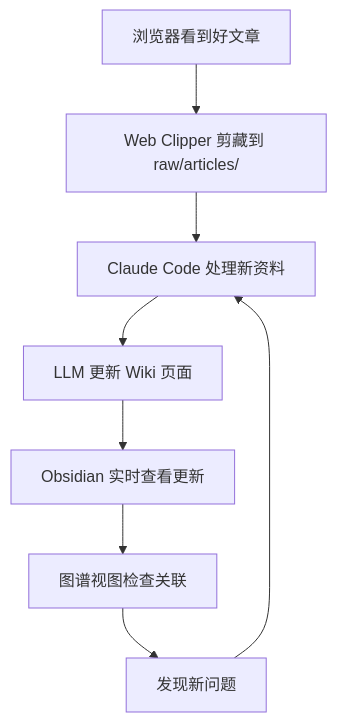
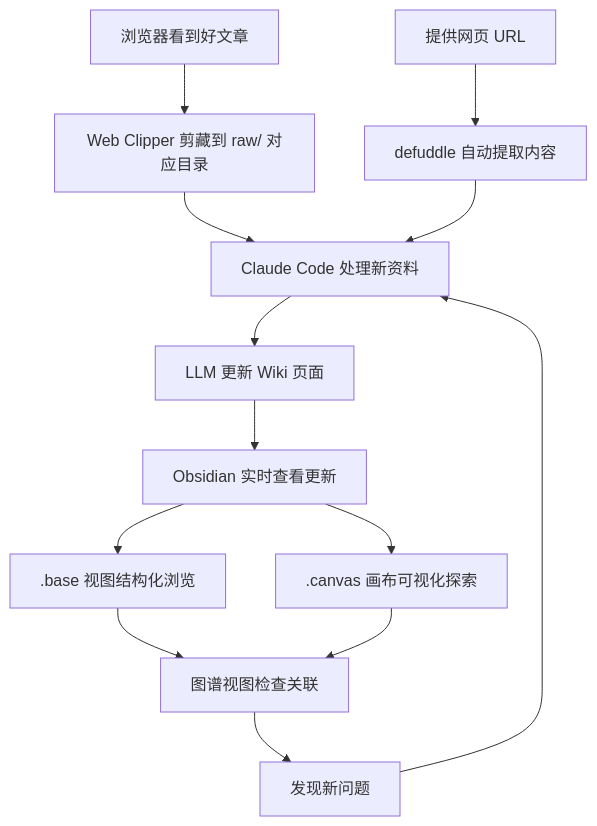
The fifth of 6 diagrams in LLM Wiki 使用手册.md (luguosong/knowledge-base-lgs), drawn with Mermaid before and after one commit. The commit also changed other lines of this file and 304 other files, not shown here.

````diff
--- a/LLM Wiki 使用手册.md
+++ b/LLM Wiki 使用手册.md
@@ -469,10 +585,15 @@
 ```mermaid
 graph TD
-    A[浏览器看到好文章] --> B[Web Clipper 剪藏到 raw/articles/]
-    B --> C[Claude Code 处理新资料]
+    A1[浏览器看到好文章] --> B1[Web Clipper 剪藏到 raw/ 对应目录]
+    A2[提供网页 URL] --> B2[defuddle 自动提取内容]
+    B1 --> C[Claude Code 处理新资料]
+    B2 --> C
     C --> D[LLM 更新 Wiki 页面]
     D --> E[Obsidian 实时查看更新]
-    E --> F[图谱视图检查关联]
+    E --> E1[.base 视图结构化浏览]
+    E --> E2[.canvas 画布可视化探索]
+    E1 --> F[图谱视图检查关联]
+    E2 --> F
     F --> G[发现新问题]
     G --> C
 ```
````
